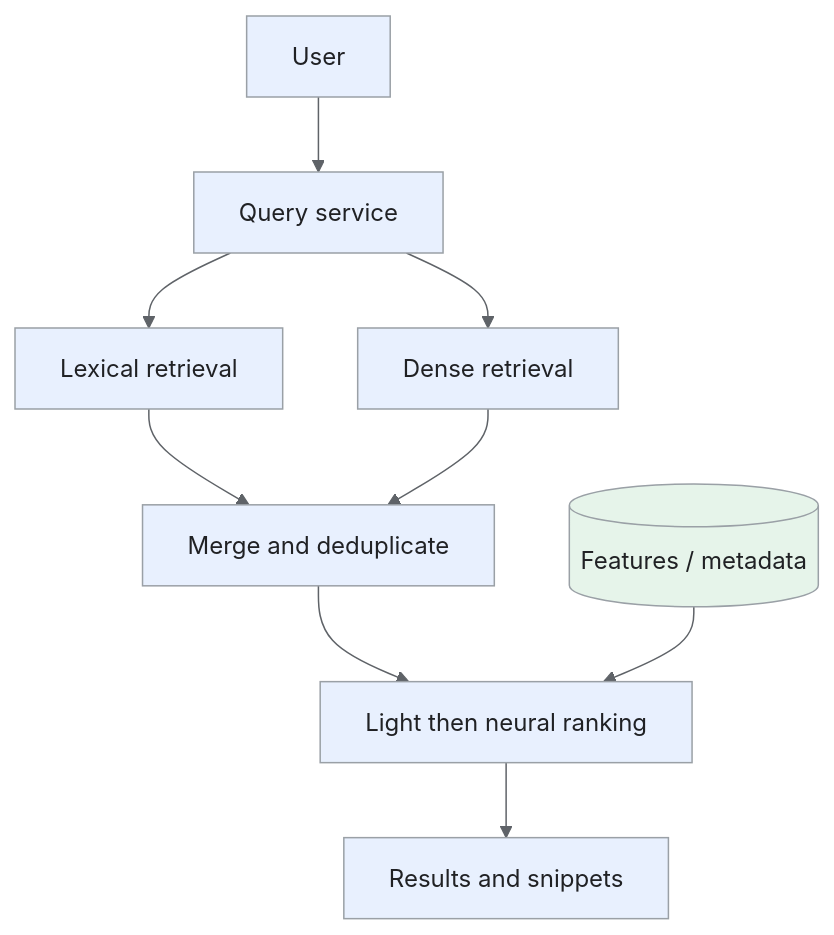
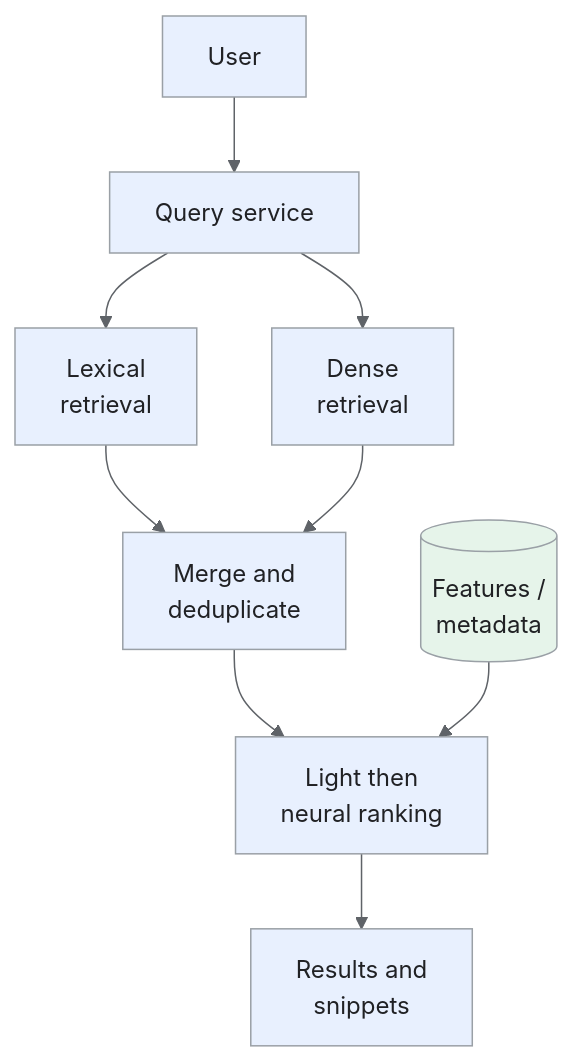
The first of 6 diagrams in _designs/system-design-ml-search-ranking-web-search.md (iliazlobin/iliazlobin.github.io), drawn with Mermaid before and after one commit. The commit also changed other lines of this file and 116 other files, not shown here.

````diff
--- a/_designs/system-design-ml-search-ranking-web-search.md
+++ b/_designs/system-design-ml-search-ranking-web-search.md
@@ -137,18 +139,18 @@
 ```mermaid
 %%{init: {'theme':'base','themeVariables':{'primaryColor':'#e8f0fe','primaryTextColor':'#202124','primaryBorderColor':'#9aa0a6','lineColor':'#5f6368','secondaryColor':'#e6f4ea','tertiaryColor':'#fef7e0','actorBkg':'#e8f0fe','actorBorder':'#9aa0a6','actorTextColor':'#202124','noteBkgColor':'#fef7e0','noteTextColor':'#202124','noteBorderColor':'#9aa0a6','signalColor':'#5f6368','signalTextColor':'#202124','labelBoxBkgColor':'#fef7e0','labelBoxBorderColor':'#9aa0a6'}}}%%
 flowchart TB
     U["User"] --> Q["Query service"]
-    Q --> L["Lexical retrieval"]
-    Q --> V["Dense retrieval"]
-    L --> M["Merge and deduplicate"]
+    Q --> L["Lexical<br>retrieval"]
+    Q --> V["Dense<br>retrieval"]
+    L --> M["Merge and<br>deduplicate"]
     V --> M
-    M --> R["Light then neural ranking"]
-    R --> O["Results and snippets"]
-    F[("Features / metadata")] --> R
+    M --> R["Light then<br>neural ranking"]
+    R --> O["Results and<br>snippets"]
+    F[("Features /<br>metadata")] --> R
 classDef request fill:#e8f0fe,stroke:#9aa0a6,color:#202124;
 classDef data fill:#e6f4ea,stroke:#9aa0a6,color:#202124;
 classDef control fill:#fef7e0,stroke:#9aa0a6,color:#202124;
 class U,Q,L,V,M,R,O request;
 class F data;
 
 ```
````
